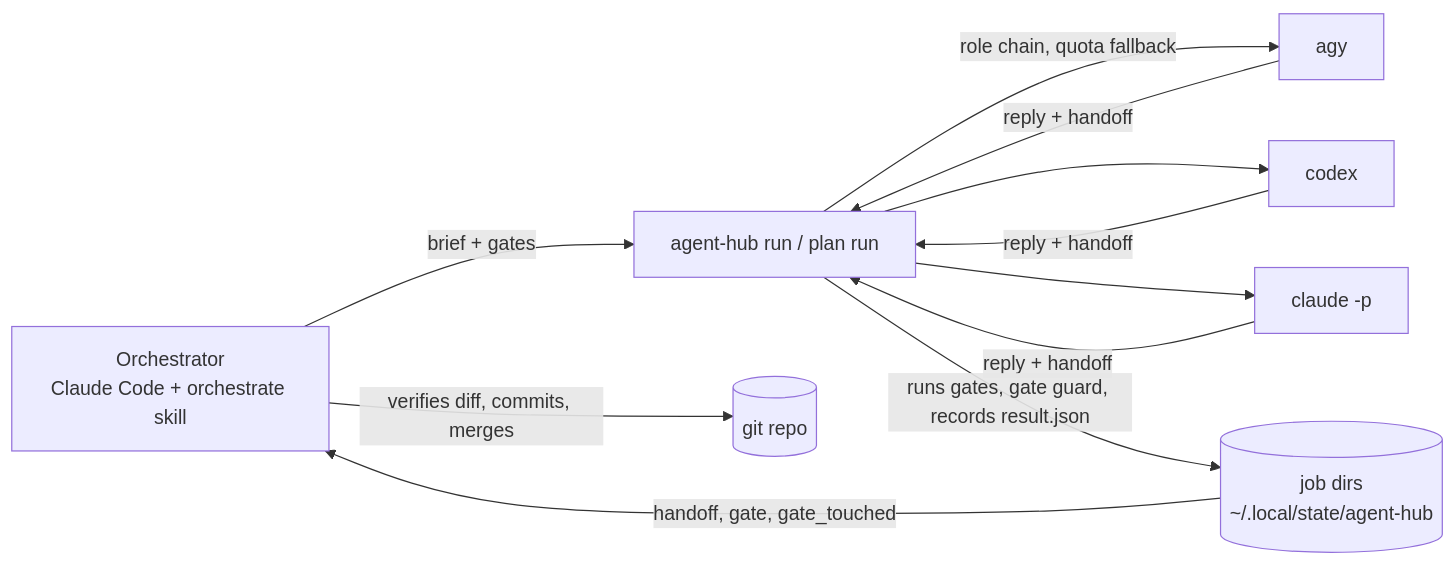
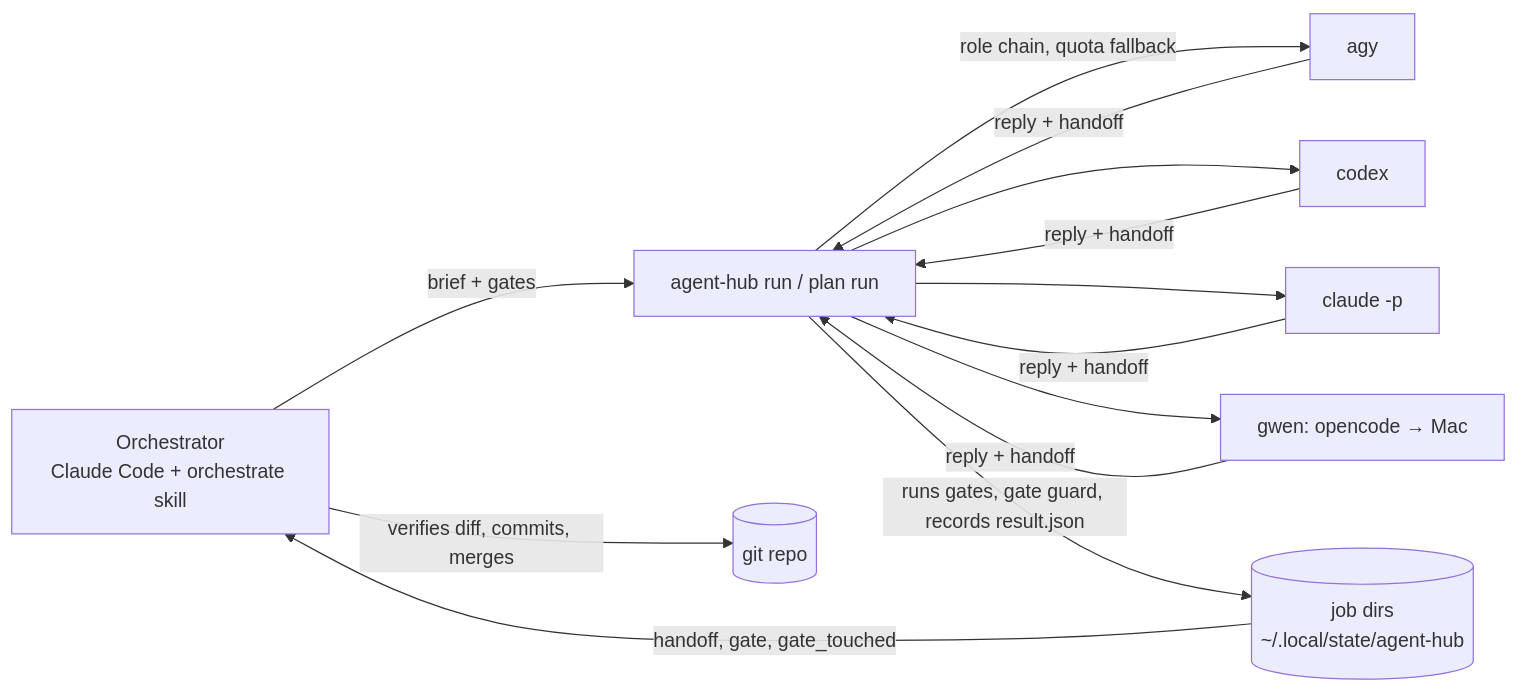
The diagram in docs/overview.md (vsnam19/agent-hub), drawn with Mermaid before and after one commit. The commit also changed other lines of this file and 5 other files, not shown here.

````diff
--- a/docs/overview.md
+++ b/docs/overview.md
@@ -26,11 +33,12 @@
 ```mermaid
 flowchart LR
   O[Orchestrator\nClaude Code + orchestrate skill] -- brief + gates --> H[agent-hub run / plan run]
   H -- role chain, quota fallback --> A1[agy]
   H --> A2[codex]
   H --> A3[claude -p]
-  A1 & A2 & A3 -- reply + handoff --> H
+  H --> A4[gwen: opencode → Mac]
+  A1 & A2 & A3 & A4 -- reply + handoff --> H
   H -- runs gates, gate guard, records result.json --> J[(job dirs\n~/.local/state/agent-hub)]
   J -- handoff, gate, gate_touched --> O
   O -- verifies diff, commits, merges --> R[(git repo)]
 ```
````
